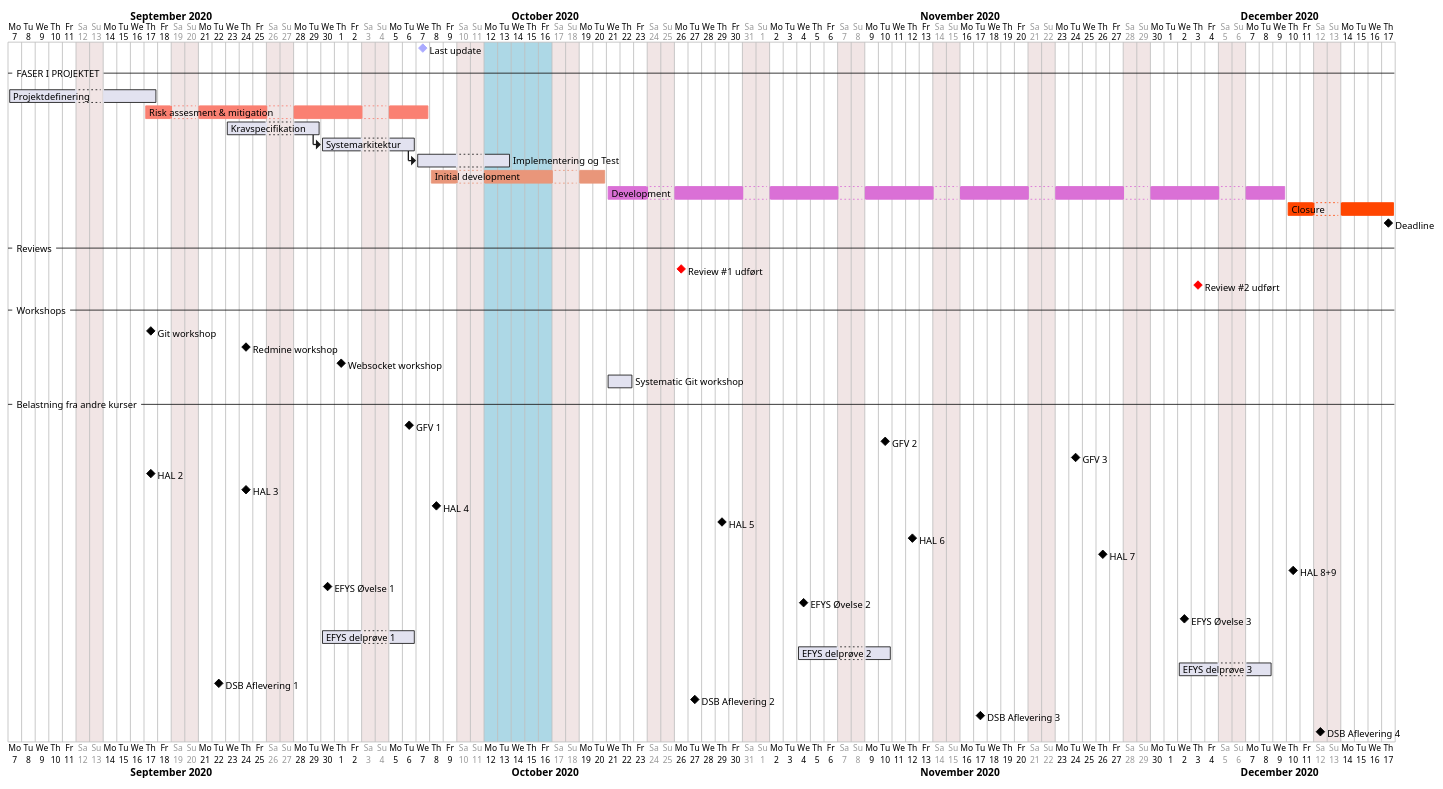
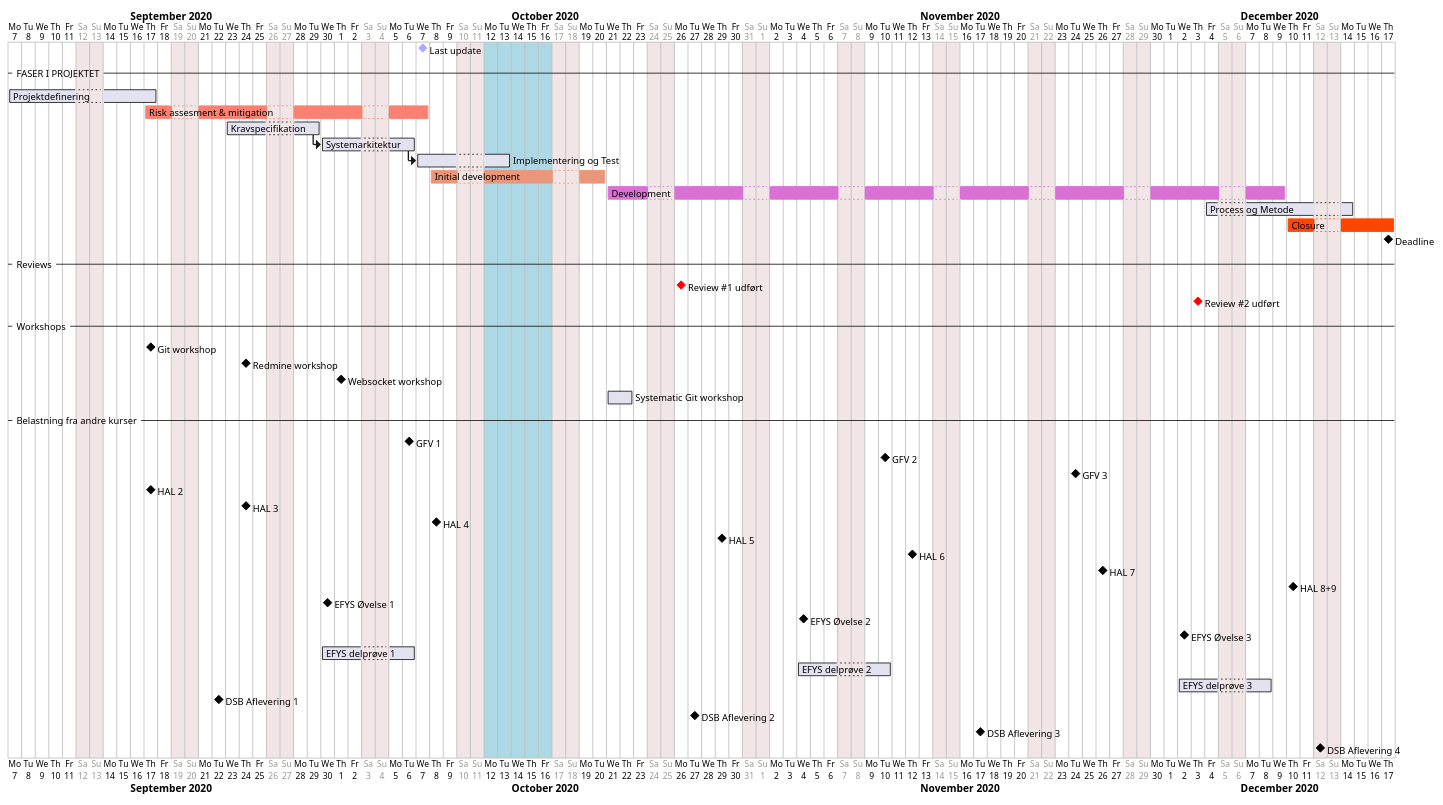
Before and after one commit to Solvgraa-mager/E3PRJ3: the diagram in Diagrammer/Tidsplan/GanntTidsplan.puml, drawn with PlantUML.

```diff
--- a/Diagrammer/Tidsplan/GanntTidsplan.puml
+++ b/Diagrammer/Tidsplan/GanntTidsplan.puml
@@ -1,76 +1,78 @@
 @startgantt
 project starts the 2020/09/07
 [Last update] happens 2020/10/07 and is colored in #AAF
 
 saturday are closed
 sunday are closed
 
 -- FASER I PROJEKTET --
 
 [Projektdefinering] as [PD] starts the 2020/09/07 and ends at 2020/09/17
 
 [Risk assesment & mitigation] as [RA] starts the 2020/09/17
 [RA] ends 2020/10/07 and is colored in Salmon
 [Kravspecifikation] as [KravSpek] starts the 2020/09/23
 [KravSpek] lasts 5 days
 
 [Systemarkitektur] as [SysArch] starts at [KravSpek]'s end
 [SysArch] lasts 5 days
 
 [Implementering og Test] as [ImpTest] starts at [SysArch]'s end
 [ImpTest] lasts 5 days
 
-
 [Initial development] as [Init] starts the 2020/10/08 
 [Init] ends 2020/10/20  and is colored in DarkSalmon
 
 [Development] as [Dev] starts the 2020/10/21 
 [Dev] ends 2020/12/09 and is colored in Orchid
+
+[Process og Metode] as [Process] starts the 2020/12/04 
+[Process] lasts 7 days
 
 [Closure] as [Clo] starts the 2020/12/10
 [Clo] ends 2020/12/17 and is colored in OrangeRed
 
 [Deadline] happens 2020/12/17
 
 -- Reviews --
 [Review #1 udført] is colored in Red and happens 2020/10/26 
 [Review #2 udført] is colored in Red and happens 2020/12/03 
 
 -- Workshops --
 [Git workshop] happens 2020/09/17
 [Redmine workshop] happens 2020/09/24
 [Websocket workshop] happens 2020/10/01
 [Systematic Git workshop] starts the 2020/10/21 and lasts 2 days
 
 -- Belastning fra andre kurser --
 ' [MSE øvelse 1] happens 2020/09/14
 ' [MSE øvelse 2] happens 2020/09/28
 ' [MSE øvelse 3] happens 2020/10/05
 [GFV 1] happens 2020/10/06
 [GFV 2] happens 2020/11/10
 [GFV 3] happens 2020/11/24
 
 [HAL 2] happens 2020/09/17
 [HAL 3] happens 2020/09/24
 [HAL 4] happens 2020/10/08
 [HAL 5] happens 2020/10/29
 [HAL 6] happens 2020/11/12
 [HAL 7] happens 2020/11/26
 [HAL 8+9] happens 2020/12/10
 
 [EFYS Øvelse 1] happens 2020/09/30
 [EFYS Øvelse 2] happens 2020/11/04
 [EFYS Øvelse 3] happens 2020/12/02
 
 [EFYS delprøve 1] starts 2020/09/30 and ends 2020/10/06
 [EFYS delprøve 2] starts 2020/11/04 and ends 2020/11/10
 [EFYS delprøve 3] starts 2020/12/02 and ends 2020/12/08
 
 [DSB Aflevering 1] happens 2020/09/22
 [DSB Aflevering 2] happens 2020/10/27
 [DSB Aflevering 3] happens 2020/11/17
 [DSB Aflevering 4] happens 2020/12/12
 
 
 2020/10/12 to 2020/10/16 are colored in LightBlue
 @endgantt
```
